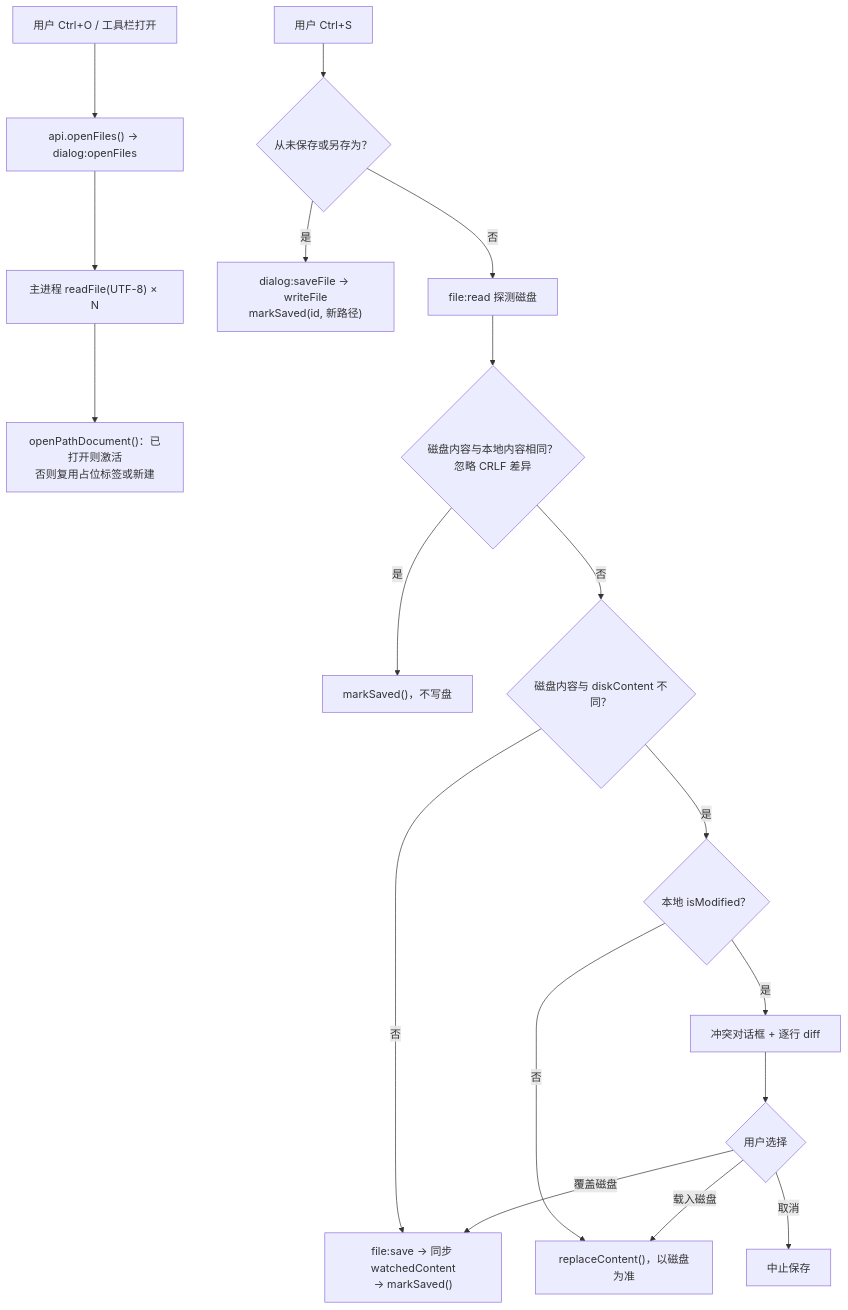
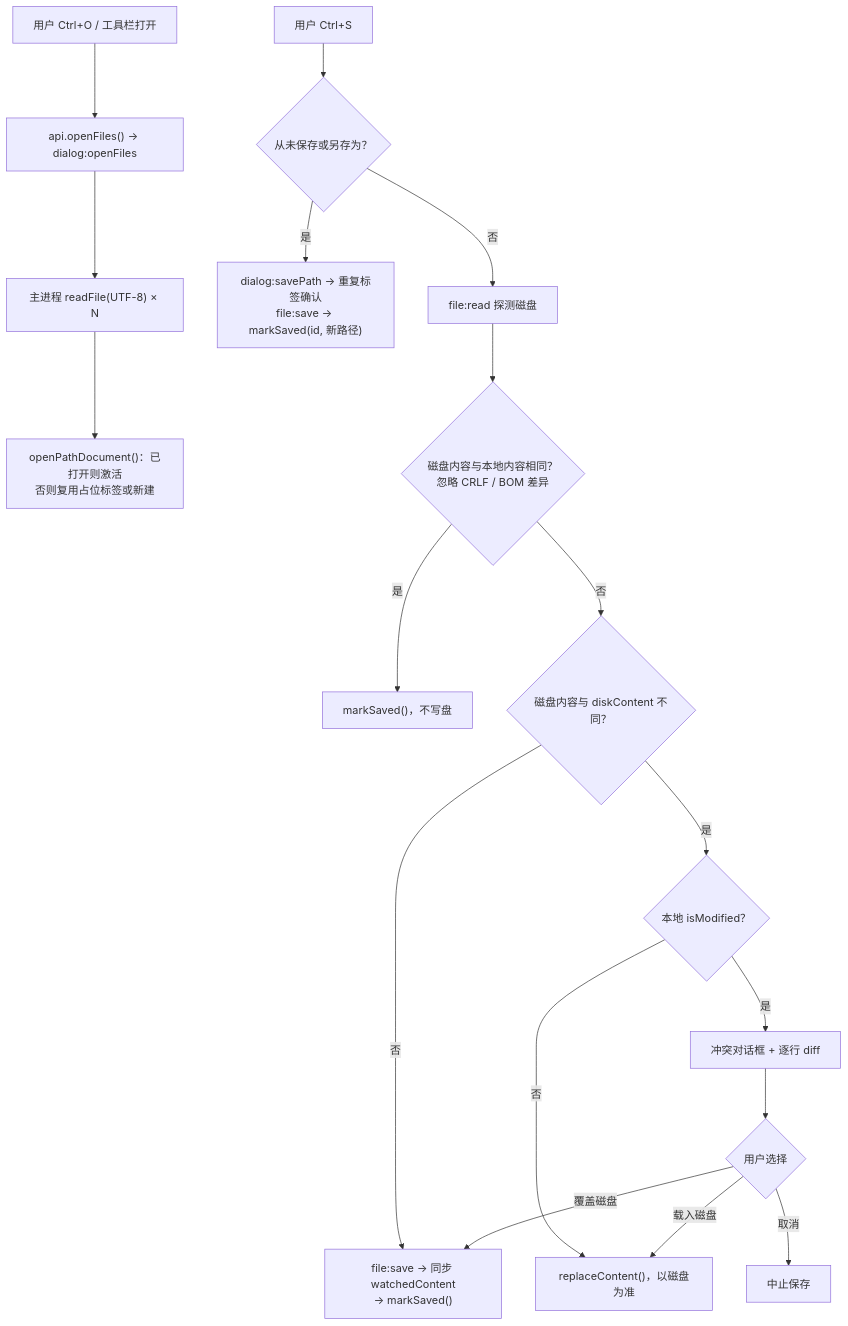
Before and after one commit to Harley-xk/mark-it: the third of 5 diagrams in docs/架构总览.md, drawn with Mermaid. The commit also changed other lines of this file and 47 other files, not shown here.

````diff
--- a/docs/架构总览.md
+++ b/docs/架构总览.md
@@ -338,21 +343,21 @@
 ```mermaid
 flowchart TD
   A["用户 Ctrl+O / 工具栏打开"] --> B["api.openFiles() → dialog:openFiles"]
   B --> C["主进程 readFile(UTF-8) × N"]
   C --> D["openPathDocument()：已打开则激活<br/>否则复用占位标签或新建"]
 
   S["用户 Ctrl+S"] --> S1{"从未保存或另存为？"}
-  S1 -- 是 --> S2["dialog:saveFile → writeFile<br/>markSaved(id, 新路径)"]
+  S1 -- 是 --> S2["dialog:savePath → 重复标签确认<br/>file:save → markSaved(id, 新路径)"]
   S1 -- 否 --> S3["file:read 探测磁盘"]
-  S3 --> S4{"磁盘内容与本地内容相同？<br/>忽略 CRLF 差异"}
+  S3 --> S4{"磁盘内容与本地内容相同？<br/>忽略 CRLF / BOM 差异"}
   S4 -- 是 --> S5["markSaved()，不写盘"]
   S4 -- 否 --> S6{"磁盘内容与 diskContent 不同？"}
   S6 -- 否 --> S7["file:save → 同步 watchedContent<br/>→ markSaved()"]
   S6 -- 是 --> S8{"本地 isModified？"}
   S8 -- 否 --> S9["replaceContent()，以磁盘为准"]
   S8 -- 是 --> S10["冲突对话框 + 逐行 diff"]
   S10 --> S11{"用户选择"}
   S11 -- 覆盖磁盘 --> S7
   S11 -- 载入磁盘 --> S9
   S11 -- 取消 --> S12["中止保存"]
 ```
````
